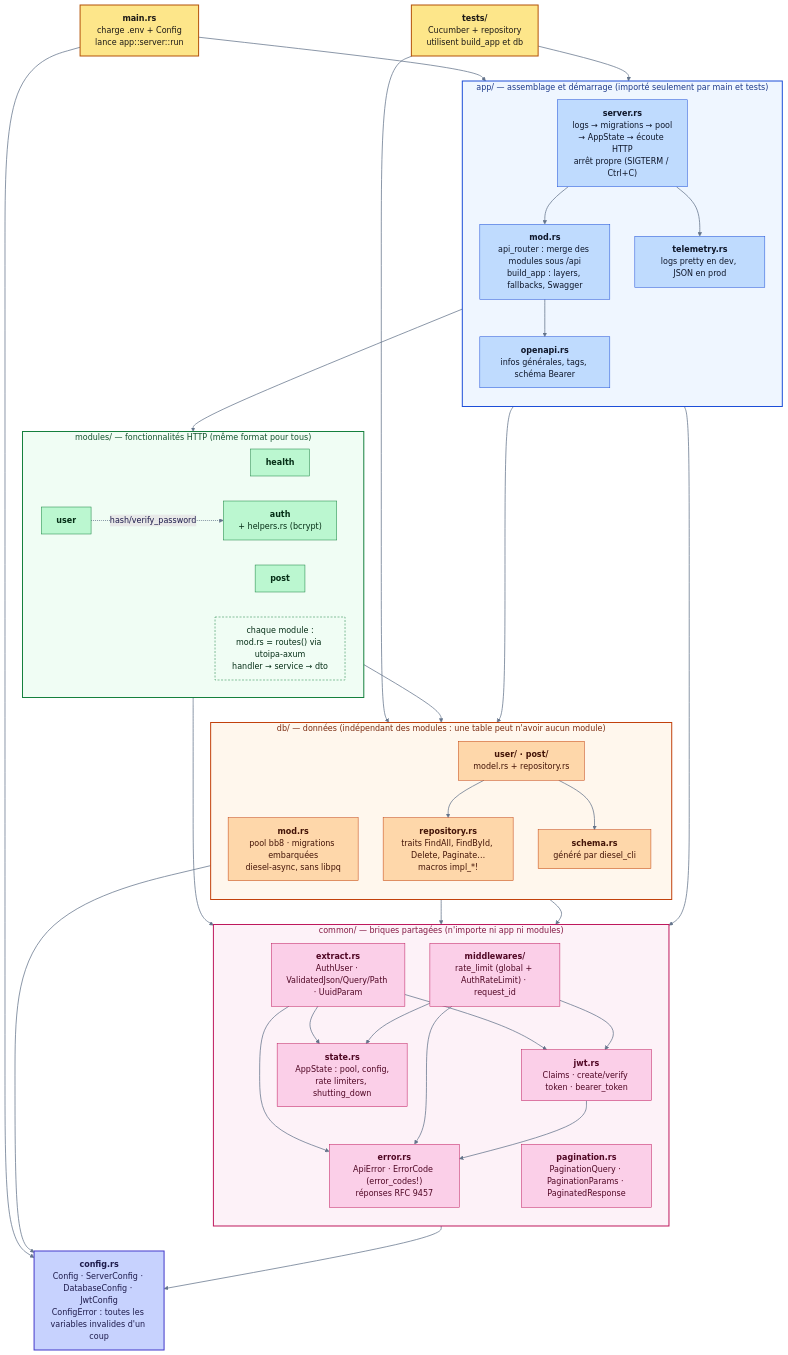
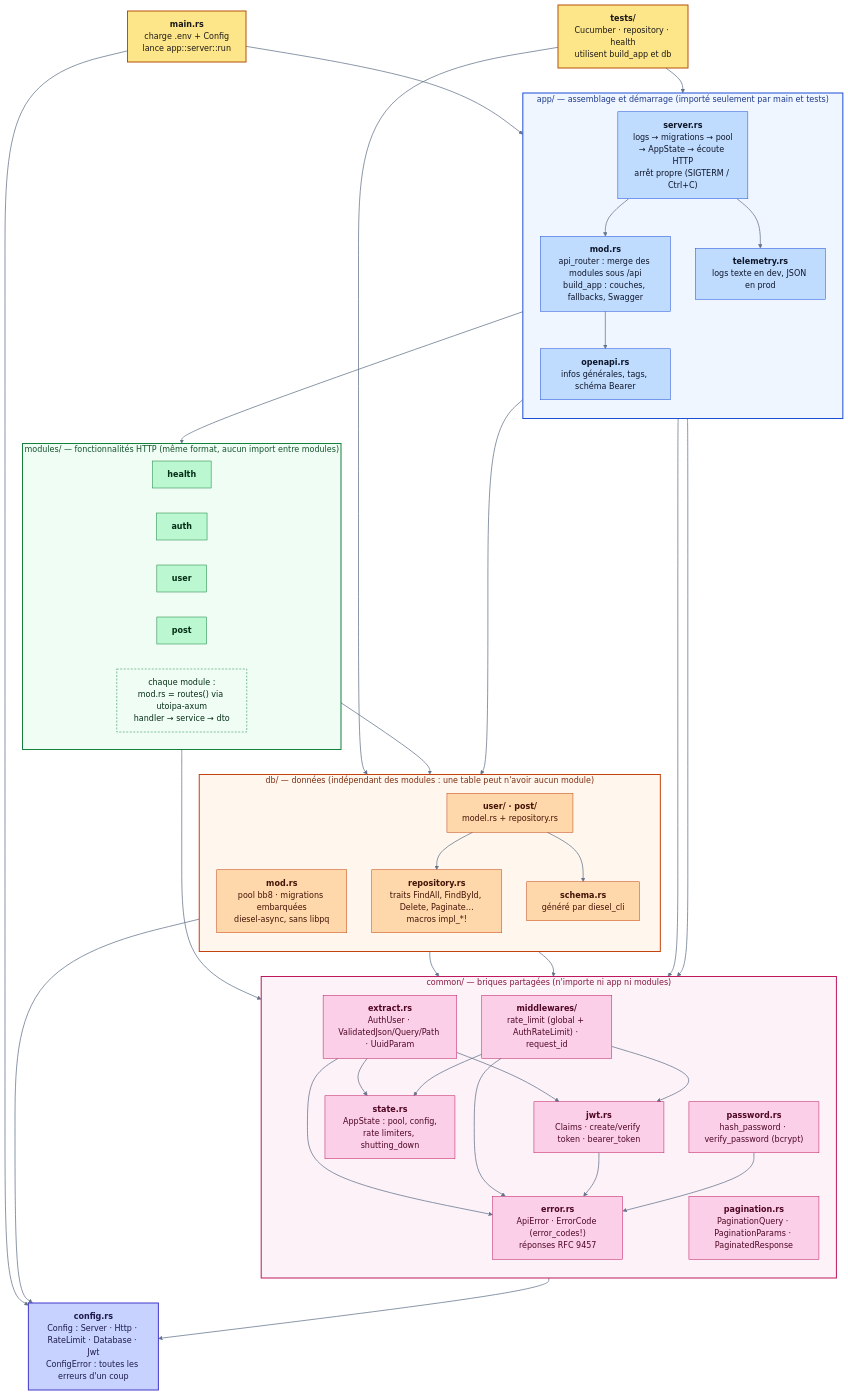
Before and after one commit to evanferron/rust-api-template: the diagram in README.md, drawn with Mermaid. The commit also changed other lines of this file and 1 other file, not shown here.

```diff
--- a/README.md
+++ b/README.md
@@ -85,28 +142,28 @@
 flowchart TD
     %% ───────────── Points d'entrée ─────────────
     main["<b>main.rs</b><br/>charge .env + Config<br/>lance app::server::run"]
-    tests["<b>tests/</b><br/>Cucumber + repository<br/>utilisent build_app et db"]
+    tests["<b>tests/</b><br/>Cucumber · repository · health<br/>utilisent build_app et db"]
 
     %% ───────────── Racine ─────────────
-    config["<b>config.rs</b><br/>Config · ServerConfig · DatabaseConfig · JwtConfig<br/>ConfigError : toutes les variables invalides d'un coup"]
+    config["<b>config.rs</b><br/>Config : Server · Http · RateLimit · Database · Jwt<br/>ConfigError : toutes les erreurs d'un coup"]
 
     %% ───────────── app/ ─────────────
     subgraph APP["app/ — assemblage et démarrage (importé seulement par main et tests)"]
         direction TB
         server["<b>server.rs</b><br/>logs → migrations → pool<br/>→ AppState → écoute HTTP<br/>arrêt propre (SIGTERM / Ctrl+C)"]
-        appmod["<b>mod.rs</b><br/>api_router : merge des modules sous /api<br/>build_app : layers, fallbacks, Swagger"]
+        appmod["<b>mod.rs</b><br/>api_router : merge des modules sous /api<br/>build_app : couches, fallbacks, Swagger"]
         openapi["<b>openapi.rs</b><br/>infos générales, tags, schéma Bearer"]
-        telemetry["<b>telemetry.rs</b><br/>logs pretty en dev, JSON en prod"]
+        telemetry["<b>telemetry.rs</b><br/>logs texte en dev, JSON en prod"]
         server --> appmod
         server --> telemetry
         appmod --> openapi
     end
 
     %% ───────────── modules/ ─────────────
-    subgraph MODULES["modules/ — fonctionnalités HTTP (même format pour tous)"]
+    subgraph MODULES["modules/ — fonctionnalités HTTP (même format, aucun import entre modules)"]
         direction LR
         health["<b>health</b>"]
-        auth["<b>auth</b><br/>+ helpers.rs (bcrypt)"]
+        auth["<b>auth</b>"]
         user["<b>user</b>"]
         post["<b>post</b>"]
         fmt["chaque module :<br/>mod.rs = routes() via utoipa-axum<br/>handler → service → dto"]
@@ -118,6 +175,7 @@
         error["<b>error.rs</b><br/>ApiError · ErrorCode (error_codes!)<br/>réponses RFC 9457"]
         extract["<b>extract.rs</b><br/>AuthUser · ValidatedJson/Query/Path · UuidParam"]
         jwt["<b>jwt.rs</b><br/>Claims · create/verify token · bearer_token"]
+        password["<b>password.rs</b><br/>hash_password · verify_password (bcrypt)"]
         pagination["<b>pagination.rs</b><br/>PaginationQuery · PaginationParams · PaginatedResponse"]
         state["<b>state.rs</b><br/>AppState : pool, config,<br/>rate limiters, shutting_down"]
         mw["<b>middlewares/</b><br/>rate_limit (global + AuthRateLimit) · request_id"]
@@ -128,6 +186,7 @@
         extract --> error
         mw --> error
         jwt --> error
+        password --> error
     end
 
     %% ───────────── db/ ─────────────
@@ -148,12 +207,12 @@
     tests --> dbmod
 
     appmod --> MODULES
+    appmod --> COMMON
     server --> dbmod
     server --> state
 
     MODULES --> COMMON
     MODULES --> entities
-    user -. "hash/verify_password" .-> auth
 
     repo --> error
     repo --> pagination
@@ -176,7 +235,7 @@
     class server,appmod,openapi,telemetry app
     class health,auth,user,post modules
     class fmt note
-    class error,extract,jwt,pagination,state,mw common
+    class error,extract,jwt,password,pagination,state,mw common
     class dbmod,repo,schema,entities db
 
     style APP     fill:#eff6ff,stroke:#1d4ed8,stroke-width:2px,color:#1e3a8a
```
